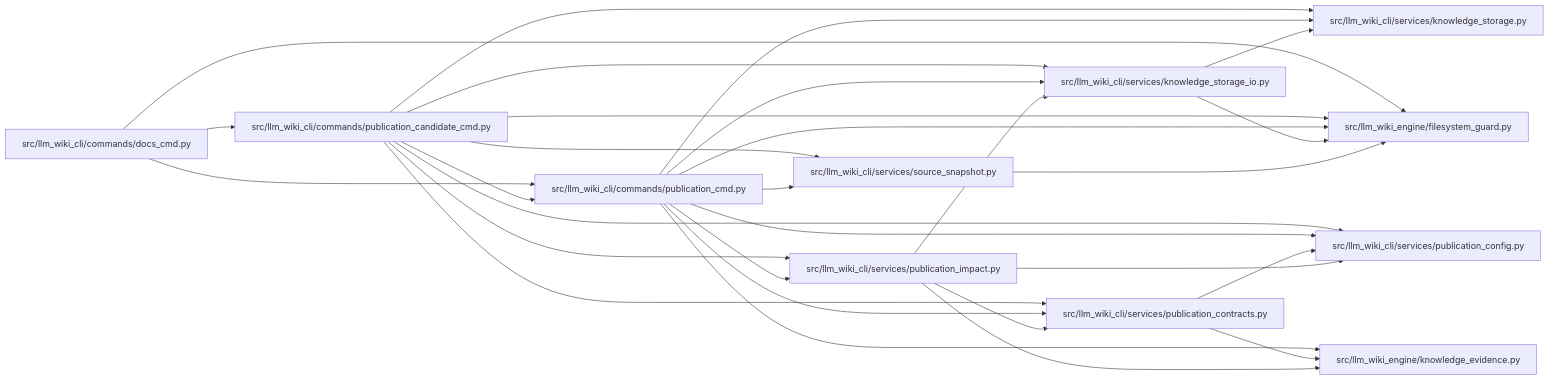
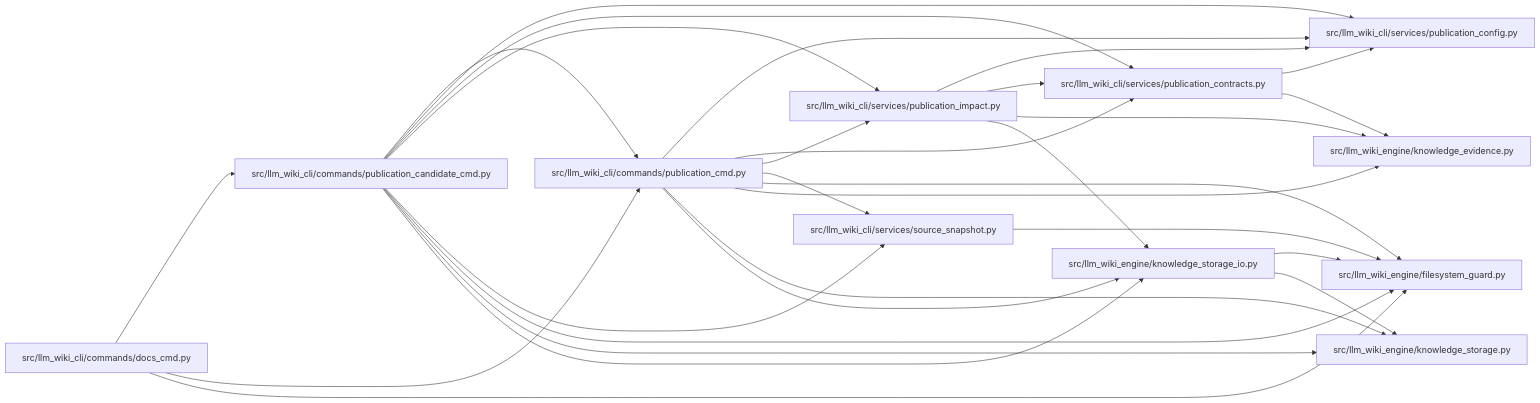
Before and after one commit to Denissvgn/python-wiki-llm: the diagram in docs/llm_wiki/modules/publication_cmd.md, drawn with Mermaid. The commit also changed other lines of this file and 1058 other files, not shown here.

First line of the commit message:
docs: refresh the wiki for the knowledge store move

````diff
--- a/docs/llm_wiki/modules/publication_cmd.md
+++ b/docs/llm_wiki/modules/publication_cmd.md
@@ -30,53 +30,53 @@
 ```mermaid
 flowchart LR
     n0["src/llm_wiki_cli/commands/docs_cmd.py"]
     n1["src/llm_wiki_cli/commands/publication_candidate_cmd.py"]
     n2["src/llm_wiki_cli/commands/publication_cmd.py"]
-    n3["src/llm_wiki_cli/services/knowledge_storage.py"]
-    n4["src/llm_wiki_cli/services/knowledge_storage_io.py"]
-    n5["src/llm_wiki_cli/services/publication_config.py"]
-    n6["src/llm_wiki_cli/services/publication_contracts.py"]
-    n7["src/llm_wiki_cli/services/publication_impact.py"]
-    n8["src/llm_wiki_cli/services/source_snapshot.py"]
-    n9["src/llm_wiki_engine/filesystem_guard.py"]
-    n10["src/llm_wiki_engine/knowledge_evidence.py"]
+    n3["src/llm_wiki_cli/services/publication_config.py"]
+    n4["src/llm_wiki_cli/services/publication_contracts.py"]
+    n5["src/llm_wiki_cli/services/publication_impact.py"]
+    n6["src/llm_wiki_cli/services/source_snapshot.py"]
+    n7["src/llm_wiki_engine/filesystem_guard.py"]
+    n8["src/llm_wiki_engine/knowledge_evidence.py"]
+    n9["src/llm_wiki_engine/knowledge_storage.py"]
+    n10["src/llm_wiki_engine/knowledge_storage_io.py"]
     n0 --> n1
     n0 --> n2
-    n0 --> n9
+    n0 --> n7
     n1 --> n2
     n1 --> n3
     n1 --> n4
     n1 --> n5
     n1 --> n6
     n1 --> n7
-    n1 --> n8
     n1 --> n9
+    n1 --> n10
     n2 --> n3
     n2 --> n4
     n2 --> n5
     n2 --> n6
     n2 --> n7
     n2 --> n8
     n2 --> n9
     n2 --> n10
     n4 --> n3
-    n4 --> n9
-    n6 --> n5
-    n6 --> n10
-    n7 --> n4
-    n7 --> n5
-    n7 --> n6
-    n7 --> n10
-    n8 --> n9
+    n4 --> n8
+    n5 --> n3
+    n5 --> n4
+    n5 --> n8
+    n5 --> n10
+    n6 --> n7
+    n10 --> n7
+    n10 --> n9
     click n0 "../modules/docs_cmd.md"
     click n1 "../modules/publication_candidate_cmd.md"
     click n2 "../modules/publication_cmd.md"
-    click n3 "../modules/knowledge_storage.md"
-    click n4 "../modules/knowledge_storage_io.md"
-    click n5 "../modules/publication_config.md"
-    click n6 "../modules/publication_contracts.md"
-    click n7 "../modules/publication_impact.md"
-    click n8 "../modules/source_snapshot.md"
-    click n9 "../modules/filesystem_guard.md"
-    click n10 "../modules/knowledge_evidence.md"
+    click n3 "../modules/publication_config.md"
+    click n4 "../modules/publication_contracts.md"
+    click n5 "../modules/publication_impact.md"
+    click n6 "../modules/source_snapshot.md"
+    click n7 "../modules/filesystem_guard.md"
+    click n8 "../modules/knowledge_evidence.md"
+    click n9 "../modules/knowledge_storage.md"
+    click n10 "../modules/knowledge_storage_io.md"
 ```
````
